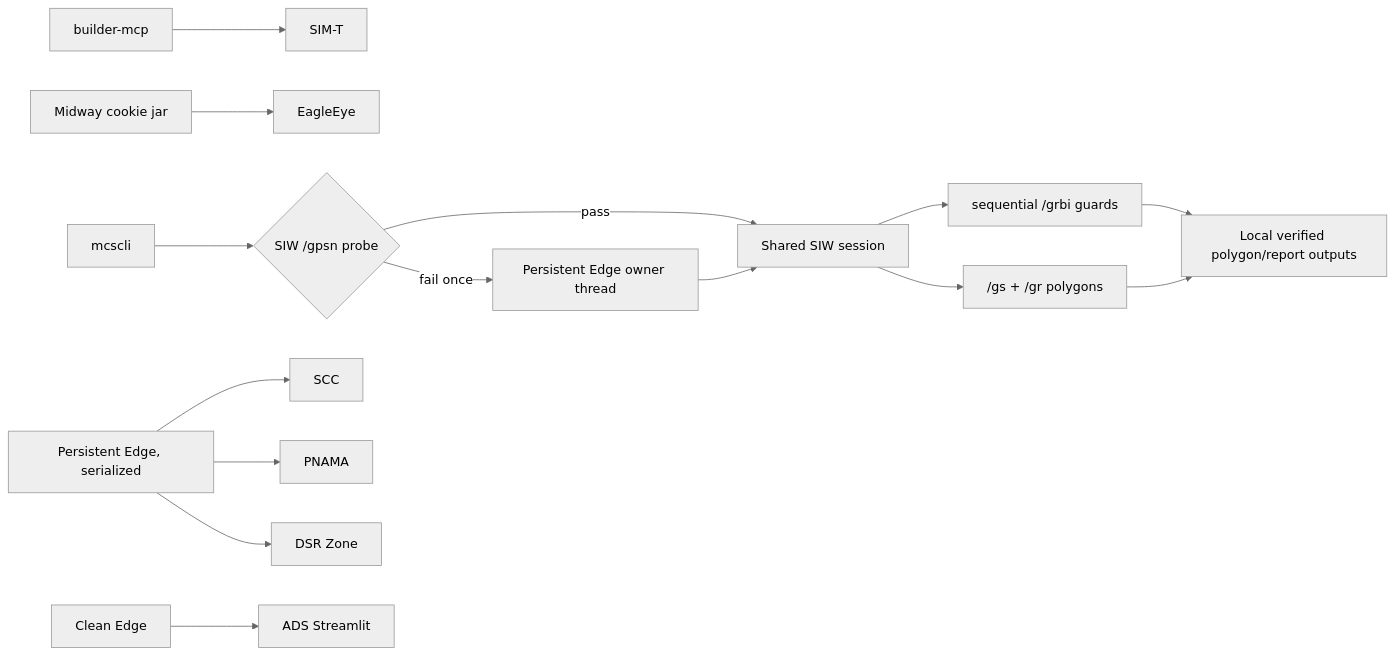
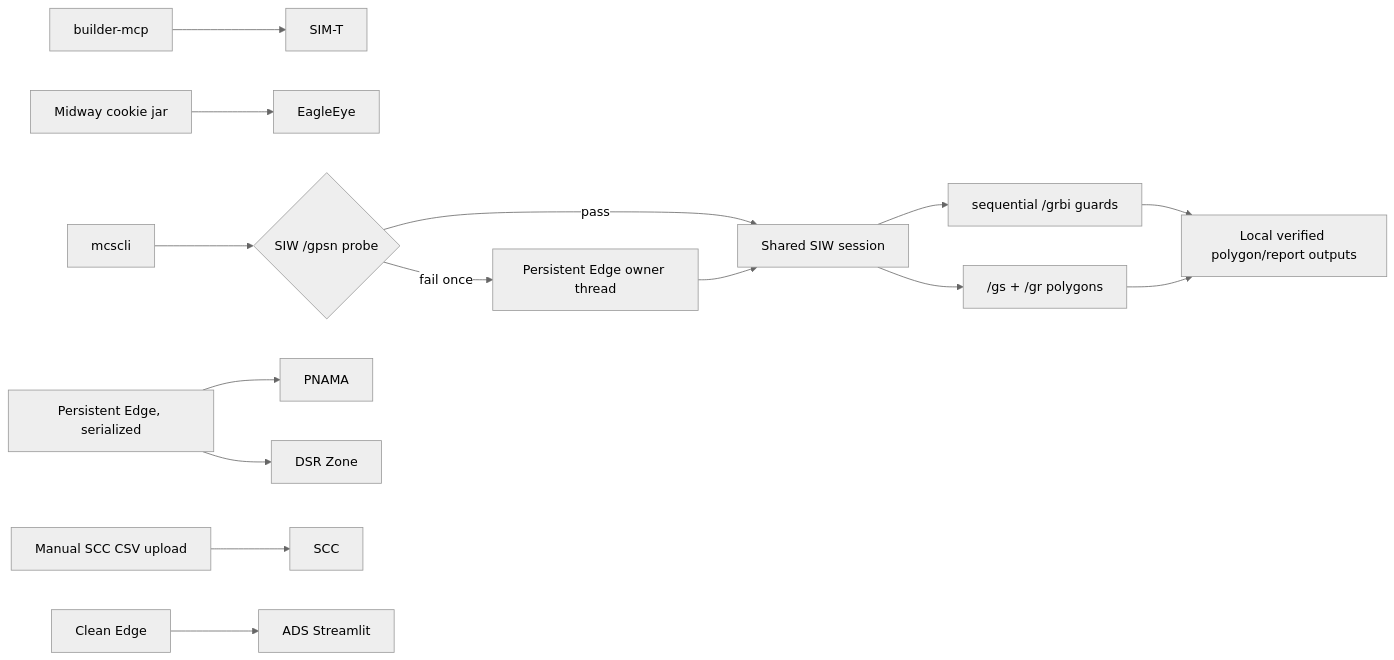
Before and after one commit to debashiskbrj/Kiro-OOJ-Automation: the second of 4 diagrams in Docs/architecture.md, drawn with Mermaid (neutral theme). The commit also changed other lines of this file and 14 other files, not shown here.

First line of the commit message:
docs: Update README and Docs to the current manual-SCC flow

````diff
--- a/Docs/architecture.md
+++ b/Docs/architecture.md
@@ -62,16 +62,16 @@
 ```mermaid
 flowchart LR
     BM["builder-mcp"] --> SIMT["SIM-T"]
     CJ["Midway cookie jar"] --> EE["EagleEye"]
     MCS["mcscli"] --> PROBE{"SIW /gpsn probe"}
     PROBE -->|"pass"| SESSION["Shared SIW session"]
     PROBE -->|"fail once"| EDGE["Persistent Edge owner thread"] --> SESSION
     SESSION --> GRBI["sequential /grbi guards"]
     SESSION --> ROUTES["/gs + /gr polygons"]
-    PROFILE["Persistent Edge, serialized"] --> SCC["SCC"]
-    PROFILE --> PN["PNAMA"]
+    PROFILE["Persistent Edge, serialized"] --> PN["PNAMA"]
     PROFILE --> DSR["DSR Zone"]
+    UPLOAD["Manual SCC CSV upload"] --> SCC["SCC"]
     CLEAN["Clean Edge"] --> ADS["ADS Streamlit"]
     GRBI --> LOCAL["Local verified polygon/report outputs"]
     ROUTES --> LOCAL
 ```
````
